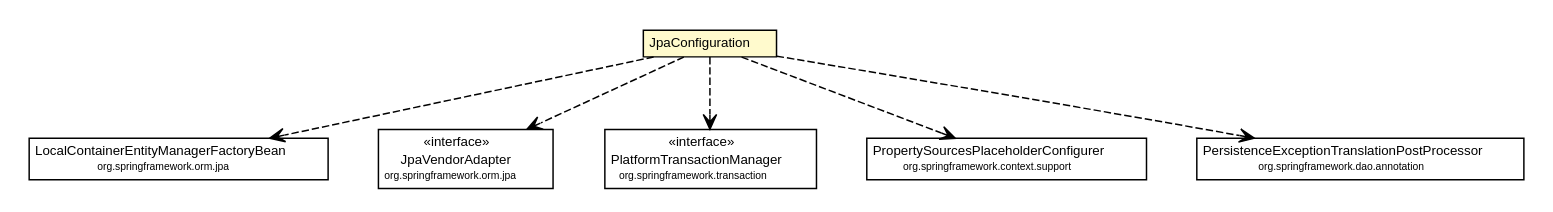
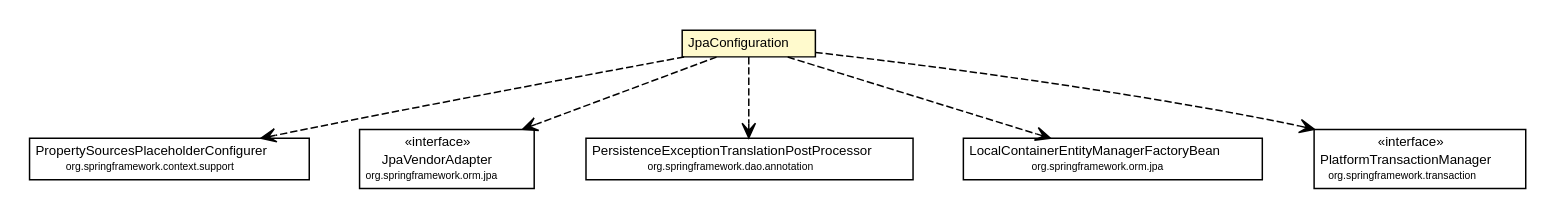
Before and after one commit to willmorejg/net.ljcomputing.status-reporter: the diagram in docs/javadoc/apidocs/net/ljcomputing/sr/config/JpaConfiguration.dot, drawn with Graphviz. The commit also changed 209 other files, not shown here.

```diff
--- a/docs/javadoc/apidocs/net/ljcomputing/sr/config/JpaConfiguration.dot
+++ b/docs/javadoc/apidocs/net/ljcomputing/sr/config/JpaConfiguration.dot
@@ -1,65 +1,65 @@
 #!/usr/local/bin/dot
 #
 # Class diagram 
 # Generated by UMLGraph version R5_6-24-gf6e263 (http://www.umlgraph.org/)
 #
 
 digraph G {
 	edge [fontname="Helvetica",fontsize=10,labelfontname="Helvetica",labelfontsize=10];
 	node [fontname="Helvetica",fontsize=10,shape=plaintext];
 	nodesep=0.25;
 	ranksep=0.5;
 	// net.ljcomputing.sr.config.JpaConfiguration
 	c2126 [label=<<table title="net.ljcomputing.sr.config.JpaConfiguration" border="0" cellborder="1" cellspacing="0" cellpadding="2" port="p" bgcolor="lemonChiffon" href="./JpaConfiguration.html">
 		<tr><td><table border="0" cellspacing="0" cellpadding="1">
 <tr><td align="center" balign="center"> JpaConfiguration </td></tr>
 		</table></td></tr>
 		</table>>, URL="./JpaConfiguration.html", fontname="Helvetica", fontcolor="black", fontsize=9.0];
+	// net.ljcomputing.sr.config.JpaConfiguration DEPEND org.springframework.context.support.PropertySourcesPlaceholderConfigurer
+	c2126:p -> c2138:p [taillabel="", label="", headlabel="", fontname="Helvetica", fontcolor="black", fontsize=10.0, color="black", arrowhead=open, style=dashed];
+	// net.ljcomputing.sr.config.JpaConfiguration DEPEND org.springframework.orm.jpa.JpaVendorAdapter
+	c2126:p -> c2140:p [taillabel="", label="", headlabel="", fontname="Helvetica", fontcolor="black", fontsize=10.0, color="black", arrowhead=open, style=dashed];
+	// net.ljcomputing.sr.config.JpaConfiguration DEPEND org.springframework.dao.annotation.PersistenceExceptionTranslationPostProcessor
+	c2126:p -> c2144:p [taillabel="", label="", headlabel="", fontname="Helvetica", fontcolor="black", fontsize=10.0, color="black", arrowhead=open, style=dashed];
 	// net.ljcomputing.sr.config.JpaConfiguration DEPEND org.springframework.orm.jpa.LocalContainerEntityManagerFactoryBean
-	c2126:p -> c2142:p [taillabel="", label="", headlabel="", fontname="Helvetica", fontcolor="black", fontsize=10.0, color="black", arrowhead=open, style=dashed];
-	// net.ljcomputing.sr.config.JpaConfiguration DEPEND org.springframework.orm.jpa.JpaVendorAdapter
-	c2126:p -> c2144:p [taillabel="", label="", headlabel="", fontname="Helvetica", fontcolor="black", fontsize=10.0, color="black", arrowhead=open, style=dashed];
+	c2126:p -> c2156:p [taillabel="", label="", headlabel="", fontname="Helvetica", fontcolor="black", fontsize=10.0, color="black", arrowhead=open, style=dashed];
 	// net.ljcomputing.sr.config.JpaConfiguration DEPEND org.springframework.transaction.PlatformTransactionManager
-	c2126:p -> c2145:p [taillabel="", label="", headlabel="", fontname="Helvetica", fontcolor="black", fontsize=10.0, color="black", arrowhead=open, style=dashed];
-	// net.ljcomputing.sr.config.JpaConfiguration DEPEND org.springframework.context.support.PropertySourcesPlaceholderConfigurer
-	c2126:p -> c2153:p [taillabel="", label="", headlabel="", fontname="Helvetica", fontcolor="black", fontsize=10.0, color="black", arrowhead=open, style=dashed];
-	// net.ljcomputing.sr.config.JpaConfiguration DEPEND org.springframework.dao.annotation.PersistenceExceptionTranslationPostProcessor
 	c2126:p -> c2157:p [taillabel="", label="", headlabel="", fontname="Helvetica", fontcolor="black", fontsize=10.0, color="black", arrowhead=open, style=dashed];
 	// org.springframework.orm.jpa.JpaVendorAdapter
-	c2144 [label=<<table title="org.springframework.orm.jpa.JpaVendorAdapter" border="0" cellborder="1" cellspacing="0" cellpadding="2" port="p">
+	c2140 [label=<<table title="org.springframework.orm.jpa.JpaVendorAdapter" border="0" cellborder="1" cellspacing="0" cellpadding="2" port="p">
 		<tr><td><table border="0" cellspacing="0" cellpadding="1">
 <tr><td align="center" balign="center"> &#171;interface&#187; </td></tr>
 <tr><td align="center" balign="center"> JpaVendorAdapter </td></tr>
 <tr><td align="center" balign="center"><font point-size="7.0"> org.springframework.orm.jpa </font></td></tr>
 		</table></td></tr>
 		</table>>, URL="null", fontname="Helvetica", fontcolor="black", fontsize=9.0];
 	// org.springframework.transaction.PlatformTransactionManager
-	c2145 [label=<<table title="org.springframework.transaction.PlatformTransactionManager" border="0" cellborder="1" cellspacing="0" cellpadding="2" port="p">
+	c2157 [label=<<table title="org.springframework.transaction.PlatformTransactionManager" border="0" cellborder="1" cellspacing="0" cellpadding="2" port="p">
 		<tr><td><table border="0" cellspacing="0" cellpadding="1">
 <tr><td align="center" balign="center"> &#171;interface&#187; </td></tr>
 <tr><td align="center" balign="center"> PlatformTransactionManager </td></tr>
 <tr><td align="center" balign="center"><font point-size="7.0"> org.springframework.transaction </font></td></tr>
 		</table></td></tr>
 		</table>>, URL="null", fontname="Helvetica", fontcolor="black", fontsize=9.0];
 	// org.springframework.dao.annotation.PersistenceExceptionTranslationPostProcessor
-	c2157 [label=<<table title="org.springframework.dao.annotation.PersistenceExceptionTranslationPostProcessor" border="0" cellborder="1" cellspacing="0" cellpadding="2" port="p">
+	c2144 [label=<<table title="org.springframework.dao.annotation.PersistenceExceptionTranslationPostProcessor" border="0" cellborder="1" cellspacing="0" cellpadding="2" port="p">
 		<tr><td><table border="0" cellspacing="0" cellpadding="1">
 <tr><td align="center" balign="center"> PersistenceExceptionTranslationPostProcessor </td></tr>
 <tr><td align="center" balign="center"><font point-size="7.0"> org.springframework.dao.annotation </font></td></tr>
 		</table></td></tr>
 		</table>>, URL="null", fontname="Helvetica", fontcolor="black", fontsize=9.0];
 	// org.springframework.context.support.PropertySourcesPlaceholderConfigurer
-	c2153 [label=<<table title="org.springframework.context.support.PropertySourcesPlaceholderConfigurer" border="0" cellborder="1" cellspacing="0" cellpadding="2" port="p">
+	c2138 [label=<<table title="org.springframework.context.support.PropertySourcesPlaceholderConfigurer" border="0" cellborder="1" cellspacing="0" cellpadding="2" port="p">
 		<tr><td><table border="0" cellspacing="0" cellpadding="1">
 <tr><td align="center" balign="center"> PropertySourcesPlaceholderConfigurer </td></tr>
 <tr><td align="center" balign="center"><font point-size="7.0"> org.springframework.context.support </font></td></tr>
 		</table></td></tr>
 		</table>>, URL="null", fontname="Helvetica", fontcolor="black", fontsize=9.0];
 	// org.springframework.orm.jpa.LocalContainerEntityManagerFactoryBean
-	c2142 [label=<<table title="org.springframework.orm.jpa.LocalContainerEntityManagerFactoryBean" border="0" cellborder="1" cellspacing="0" cellpadding="2" port="p">
+	c2156 [label=<<table title="org.springframework.orm.jpa.LocalContainerEntityManagerFactoryBean" border="0" cellborder="1" cellspacing="0" cellpadding="2" port="p">
 		<tr><td><table border="0" cellspacing="0" cellpadding="1">
 <tr><td align="center" balign="center"> LocalContainerEntityManagerFactoryBean </td></tr>
 <tr><td align="center" balign="center"><font point-size="7.0"> org.springframework.orm.jpa </font></td></tr>
 		</table></td></tr>
 		</table>>, URL="null", fontname="Helvetica", fontcolor="black", fontsize=9.0];
 }
```
